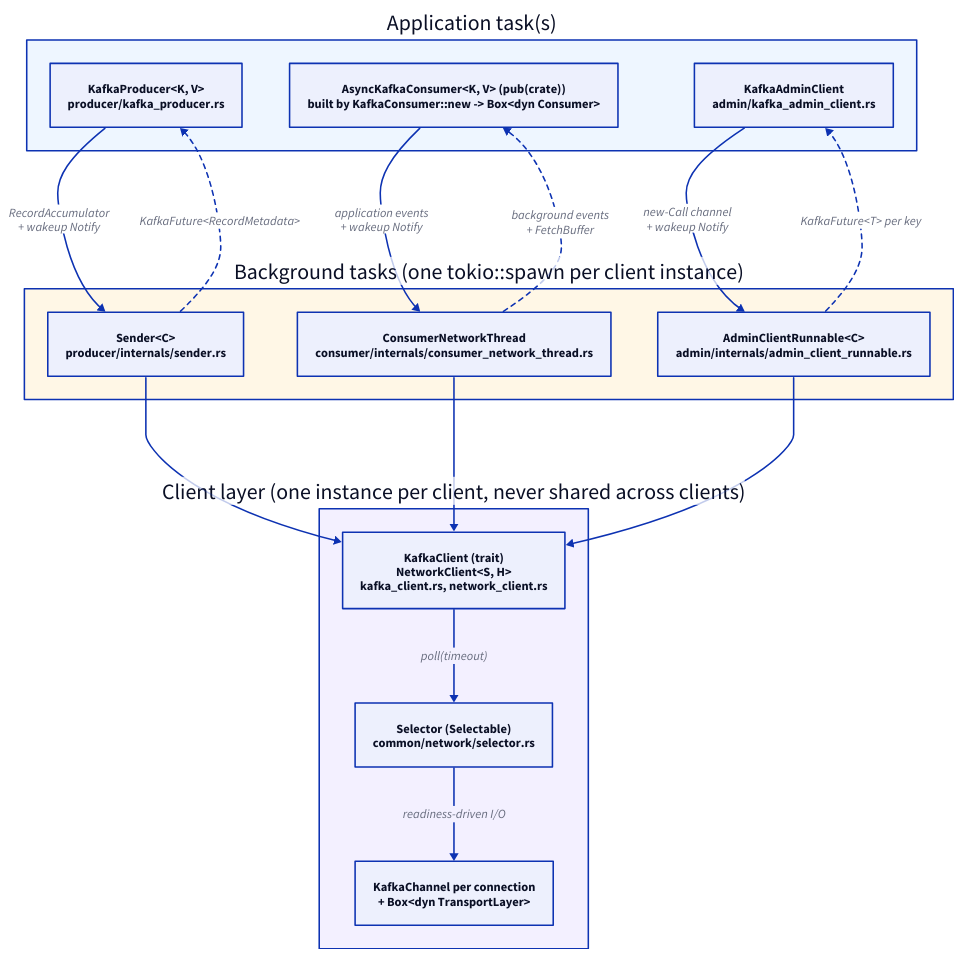
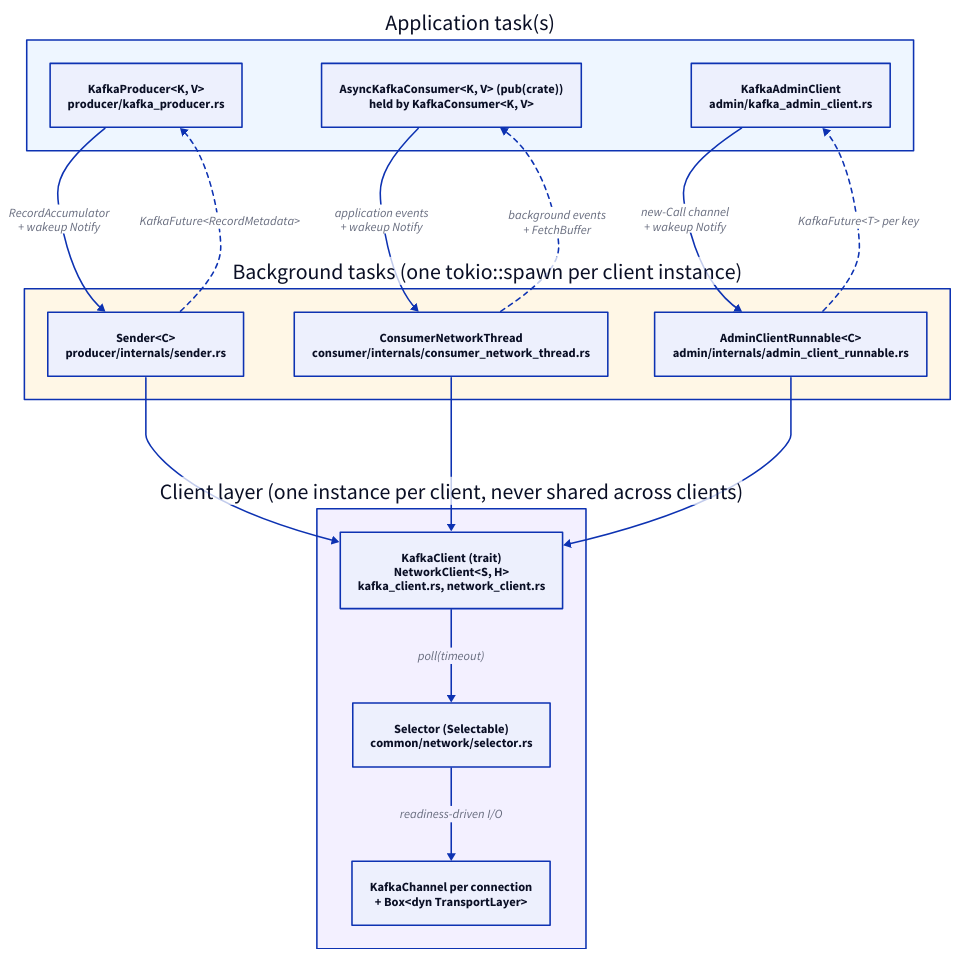
Before and after one commit to confluentinc/kafka-clients: the diagram in design/current/img/component-ownership.d2, drawn with D2. The commit also changed 7 other files, not shown here.

First line of the commit message:
Document the Consumer / DynConsumer split in the rules, RFC, design docs and CHANGELOG

```diff
--- a/design/current/img/component-ownership.d2
+++ b/design/current/img/component-ownership.d2
@@ -1,49 +1,49 @@
 # Component & ownership structure of the client.
 #
 # Source of truth for design/current/img/component-ownership.svg.
 # Render with: make -C design/current d2
 #
 # The point of this diagram: each of the three clients owns its own
 # background task and its own NetworkClient; nothing is shared between
 # a producer, a consumer and an admin client.
 
 direction: down
 
 app: "Application task(s)" {
   style.fill: "#eef6ff"
 
   producer: "KafkaProducer<K, V>\nproducer/kafka_producer.rs"
-  consumer: "AsyncKafkaConsumer<K, V> (pub(crate))\nbuilt by KafkaConsumer::new -> Box<dyn Consumer>"
+  consumer: "AsyncKafkaConsumer<K, V> (pub(crate))\nheld by KafkaConsumer<K, V>"
   admin: "KafkaAdminClient\nadmin/kafka_admin_client.rs"
 }
 
 bg: "Background tasks (one tokio::spawn per client instance)" {
   style.fill: "#fff7e6"
 
   sender: "Sender<C>\nproducer/internals/sender.rs"
   cnt: "ConsumerNetworkThread\nconsumer/internals/consumer_network_thread.rs"
   runnable: "AdminClientRunnable<C>\nadmin/internals/admin_client_runnable.rs"
 }
 
 net: "Client layer (one instance per client, never shared across clients)" {
   style.fill: "#f3f0ff"
 
   client: "KafkaClient (trait)\nNetworkClient<S, H>\nkafka_client.rs, network_client.rs"
   sel: "Selector (Selectable)\ncommon/network/selector.rs"
   chan: "KafkaChannel per connection\n+ Box<dyn TransportLayer>"
 
   client -> sel: "poll(timeout)"
   sel -> chan: "readiness-driven I/O"
 }
 
 app.producer -> bg.sender: "RecordAccumulator\n+ wakeup Notify"
 app.consumer -> bg.cnt: "application events\n+ wakeup Notify"
 app.admin -> bg.runnable: "new-Call channel\n+ wakeup Notify"
 
 bg.sender -> net.client
 bg.cnt -> net.client
 bg.runnable -> net.client
 
 bg.sender -> app.producer: "KafkaFuture<RecordMetadata>" {style.stroke-dash: 3}
 bg.cnt -> app.consumer: "background events\n+ FetchBuffer" {style.stroke-dash: 3}
 bg.runnable -> app.admin: "KafkaFuture<T> per key" {style.stroke-dash: 3}
```
